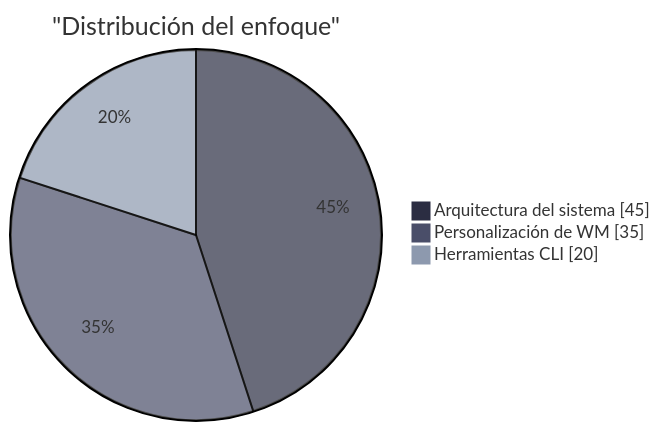
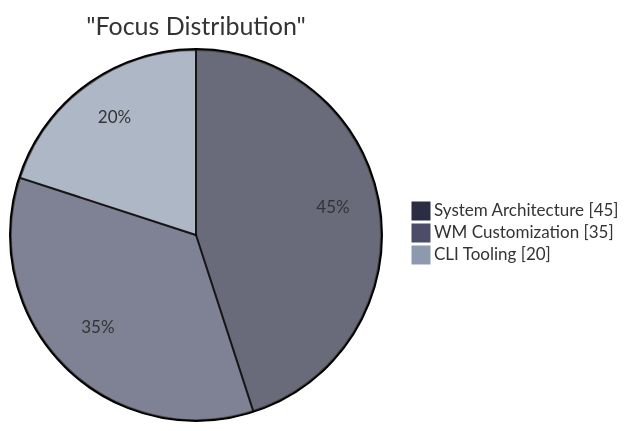
One commit to x5368x/x5368x changed the diagram in README.md. Above: the diagram before and after it, drawn with Mermaid. The commit also changed other lines of this file, not shown here.

Commit message:
Actualizar README.md

````diff
--- a/README.md
+++ b/README.md
@@ -51,8 +51,8 @@
 ```mermaid
 %%{init: {'theme':'base', 'themeVariables': {'pie1':'#2B2D42','pie2':'#4A4E69','pie3':'#8D99AE'}}}%%
 pie showData
-    title "Distribución del enfoque"
-    "Arquitectura del sistema" : 45
-    "Personalización de WM" : 35
-    "Herramientas CLI" : 20
+    title "Focus Distribution"
+    "System Architecture" : 45
+    "WM Customization" : 35
+    "CLI Tooling" : 20
 ```
````
